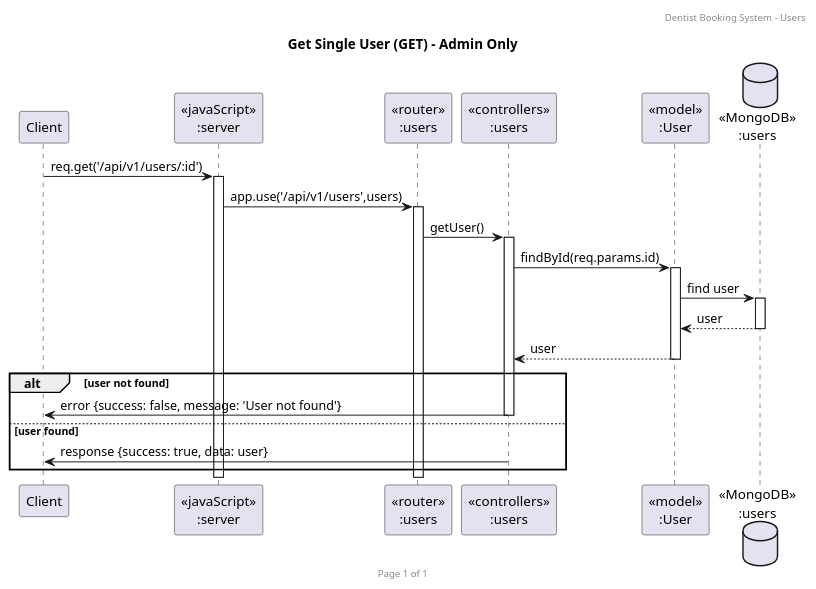
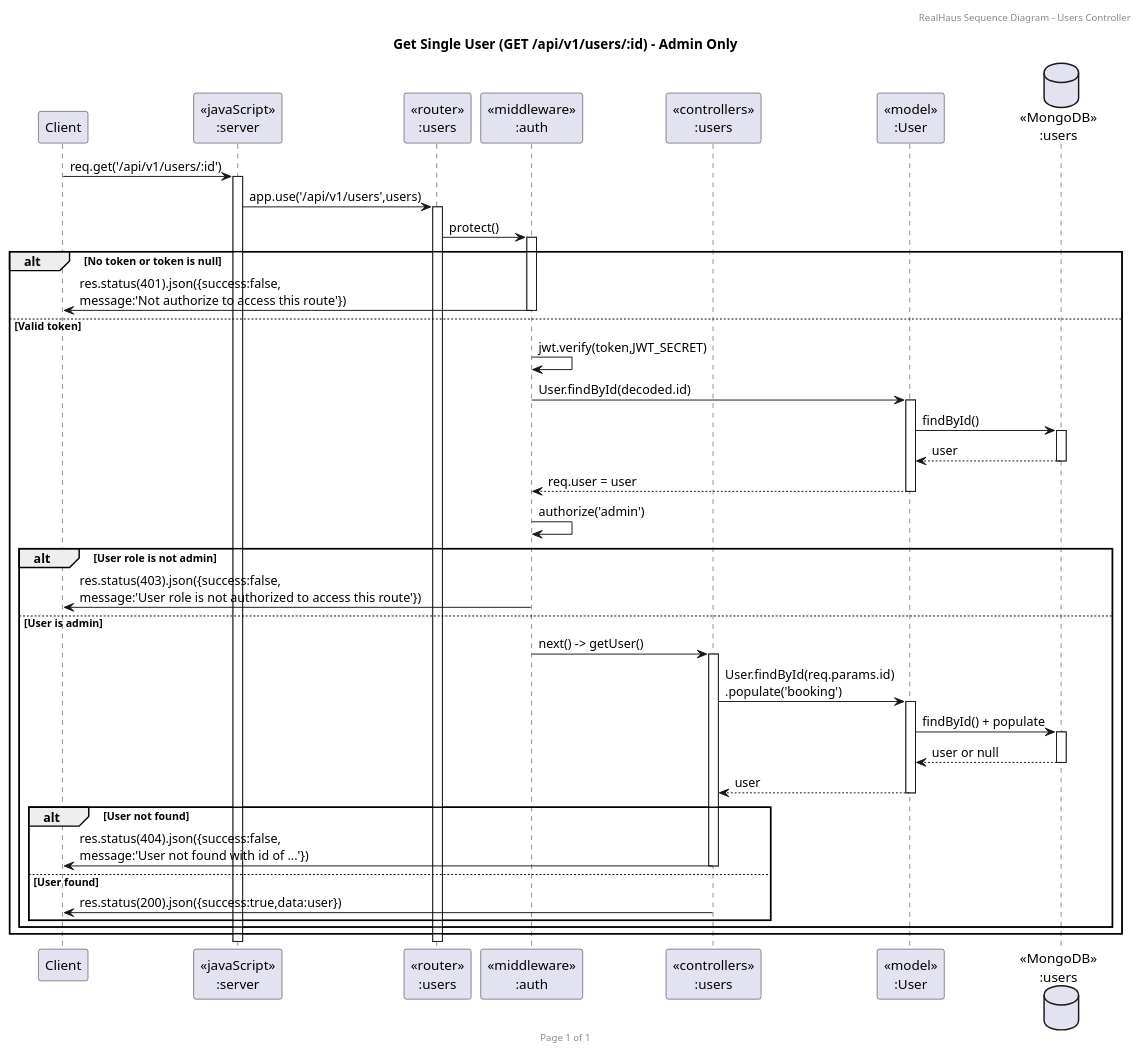
Before and after one commit to 2110503-CEDT68/se-project-be-68-2-haus89: the diagram in sequence-diagram/users/getUser.puml, drawn with PlantUML. The commit also changed 31 other files, not shown here.

Commit message:
fix: update User scheme, controllers, routes and sequence-diagram

```diff
--- a/sequence-diagram/users/getUser.puml
+++ b/sequence-diagram/users/getUser.puml
@@ -1,28 +1,47 @@
 @startuml Get Single User (GET)
 
-header Dentist Booking System - Users
+header RealHaus Sequence Diagram - Users Controller
 footer Page %page% of %lastpage%
-title "Get Single User (GET) - Admin Only"
+title "Get Single User (GET /api/v1/users/:id) - Admin Only"
 
 participant "Client" as client
 participant "<<javaScript>>\n:server" as server
 participant "<<router>>\n:users" as routerUsers
+participant "<<middleware>>\n:auth" as middlewareAuth
 participant "<<controllers>>\n:users" as controllersUsers
 participant "<<model>>\n:User" as modelUser
-database "<<MongoDB>>\n:users" as UsersDatabase
+database "<<MongoDB>>\n:users" as UsersDB
 
 client->server ++:req.get('/api/v1/users/:id')
 server->routerUsers ++:app.use('/api/v1/users',users)
-routerUsers -> controllersUsers ++:getUser()
-controllersUsers->modelUser ++:findById(req.params.id)
-modelUser ->UsersDatabase ++: find user
-UsersDatabase --> modelUser --: user
-controllersUsers <-- modelUser --:user
+routerUsers -> middlewareAuth ++:protect()
 
-alt user not found
-    controllersUsers->client --:error {success: false, message: 'User not found'}
-else user found
-    controllersUsers->client --:response {success: true, data: user}
+alt No token or token is null
+    middlewareAuth->client --:res.status(401).json({success:false,\nmessage:'Not authorize to access this route'})
+else Valid token
+    middlewareAuth->middlewareAuth :jwt.verify(token,JWT_SECRET)
+    middlewareAuth->modelUser ++:User.findById(decoded.id)
+    modelUser->UsersDB ++: findById()
+    UsersDB-->modelUser --: user
+    middlewareAuth<--modelUser --:req.user = user
+    middlewareAuth -> middlewareAuth :authorize('admin')
+
+    alt User role is not admin
+        middlewareAuth->client --:res.status(403).json({success:false,\nmessage:'User role is not authorized to access this route'})
+    else User is admin
+        middlewareAuth -> controllersUsers ++:next() -> getUser()
+
+        controllersUsers->modelUser ++:User.findById(req.params.id)\n.populate('booking')
+        modelUser->UsersDB ++: findById() + populate
+        UsersDB-->modelUser --: user or null
+        controllersUsers<--modelUser --:user
+
+        alt User not found
+            controllersUsers->client --:res.status(404).json({success:false,\nmessage:'User not found with id of ...'})
+        else User found
+            controllersUsers->client --:res.status(200).json({success:true,data:user})
+        end
+    end
 end
 
 @enduml
```
